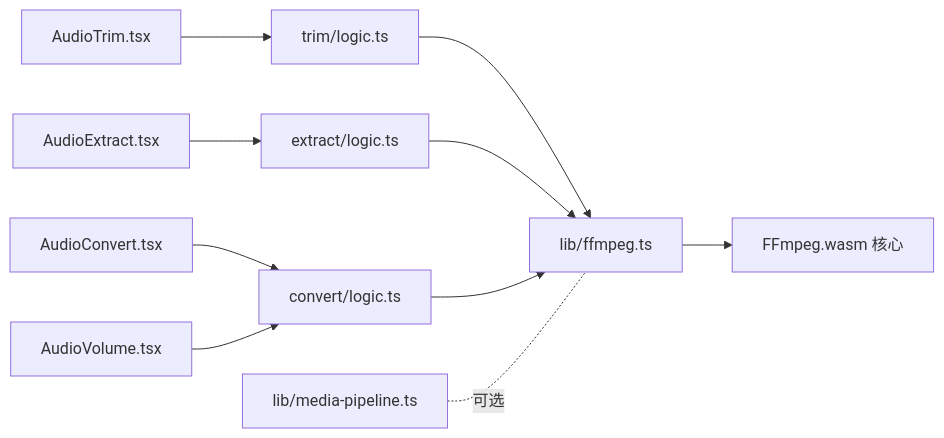
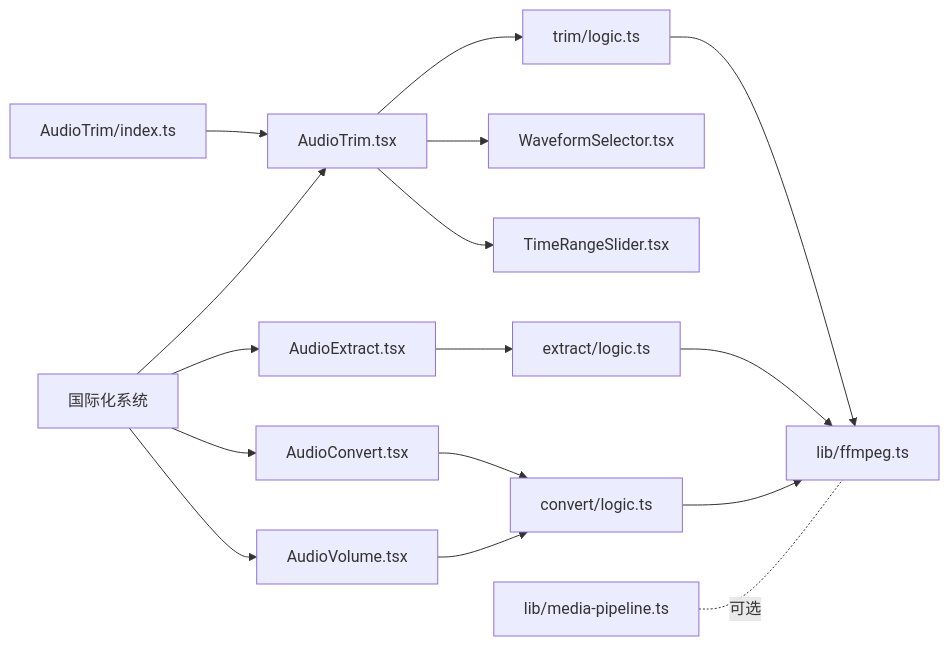
One commit to sgyy/privadeck changed the third of 3 diagrams in .qoder/repowiki/zh/content/音频工具/音频剪辑.md. Above: the diagram before and after it, drawn with Mermaid. The commit also changed other lines of this file and 2 other files, not shown here.

First line of the commit message:
feat(audio): 新增音频波形可视化及时间范围选择组件

````diff
--- a/.qoder/repowiki/zh/content/音频工具/音频剪辑.md
+++ b/.qoder/repowiki/zh/content/音频工具/音频剪辑.md
@@ -254,12 +354,18 @@
 ```mermaid
 graph LR
 A["AudioTrim.tsx"] --> B["trim/logic.ts"]
-C["AudioExtract.tsx"] --> D["extract/logic.ts"]
-E["AudioConvert.tsx"] --> F["convert/logic.ts"]
-B --> G["lib/ffmpeg.ts"]
-D --> G
-F --> G
-H["AudioVolume.tsx"] --> F
-G --> I["FFmpeg.wasm 核心"]
-J["lib/media-pipeline.ts"] -. 可选 .- G
+A --> C["WaveformSelector.tsx"]
+A --> D["TimeRangeSlider.tsx"]
+E["AudioExtract.tsx"] --> F["extract/logic.ts"]
+G["AudioConvert.tsx"] --> H["convert/logic.ts"]
+I["AudioVolume.tsx"] --> H
+B --> J["lib/ffmpeg.ts"]
+F --> J
+H --> J
+K["国际化系统"] --> A
+K --> E
+K --> G
+K --> I
+L["AudioTrim/index.ts"] --> A
+M["lib/media-pipeline.ts"] -. 可选 .- J
 ```
````
